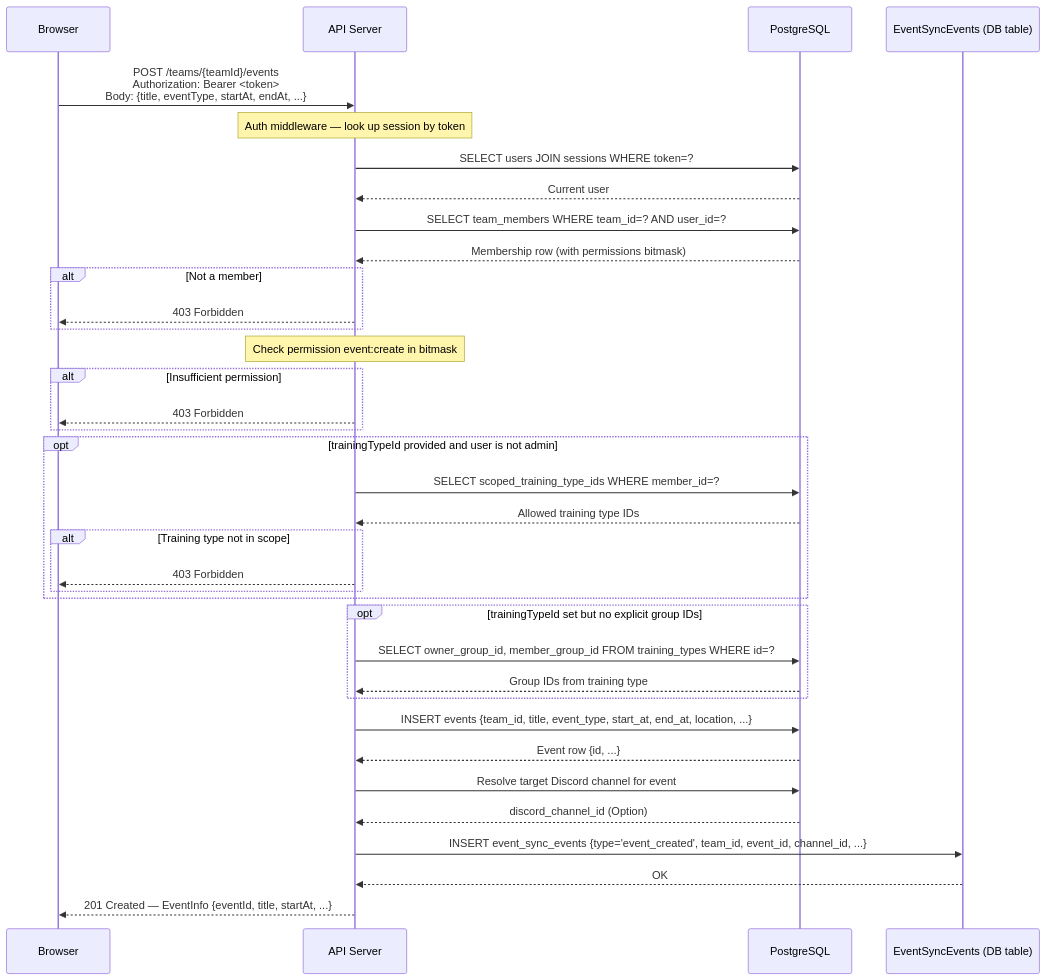
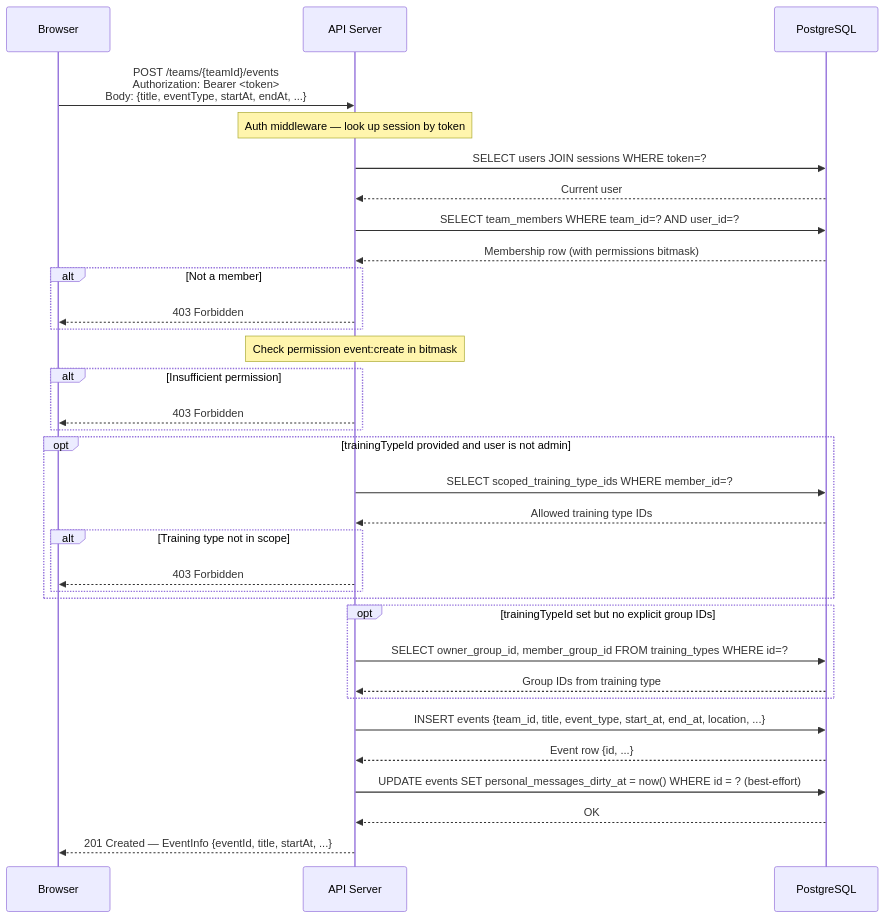
One commit to maxa-ondrej/sideline changed the second of 12 diagrams in docs/thesis/sequence-diagrams.md. Above: the diagram before and after it, drawn with Mermaid. The commit also changed other lines of this file and 55 other files, not shown here.

````diff
--- a/docs/thesis/sequence-diagrams.md
+++ b/docs/thesis/sequence-diagrams.md
@@ -79,49 +79,45 @@
 ```mermaid
 sequenceDiagram
     participant Browser
     participant Server as API Server
     participant DB as PostgreSQL
-    participant Queue as EventSyncEvents (DB table)
 
     Browser->>Server: POST /teams/{teamId}/events<br/>Authorization: Bearer <token><br/>Body: {title, eventType, startAt, endAt, ...}
 
     Note over Server: Auth middleware — look up session by token
     Server->>DB: SELECT users JOIN sessions WHERE token=?
     DB-->>Server: Current user
 
     Server->>DB: SELECT team_members WHERE team_id=? AND user_id=?
     DB-->>Server: Membership row (with permissions bitmask)
 
     alt Not a member
         Server-->>Browser: 403 Forbidden
     end
 
     Note over Server: Check permission event:create in bitmask
     alt Insufficient permission
         Server-->>Browser: 403 Forbidden
     end
 
     opt trainingTypeId provided and user is not admin
         Server->>DB: SELECT scoped_training_type_ids WHERE member_id=?
         DB-->>Server: Allowed training type IDs
         alt Training type not in scope
             Server-->>Browser: 403 Forbidden
         end
     end
 
     opt trainingTypeId set but no explicit group IDs
         Server->>DB: SELECT owner_group_id, member_group_id FROM training_types WHERE id=?
         DB-->>Server: Group IDs from training type
     end
 
     Server->>DB: INSERT events {team_id, title, event_type, start_at, end_at, location, ...}
     DB-->>Server: Event row {id, ...}
 
-    Server->>DB: Resolve target Discord channel for event
-    DB-->>Server: discord_channel_id (Option)
-
-    Server->>Queue: INSERT event_sync_events {type='event_created', team_id, event_id, channel_id, ...}
-    Queue-->>Server: OK
+    Server->>DB: UPDATE events SET personal_messages_dirty_at = now() WHERE id = ? (best-effort)
+    DB-->>Server: OK
 
     Server-->>Browser: 201 Created — EventInfo {eventId, title, startAt, ...}
 ```
````
